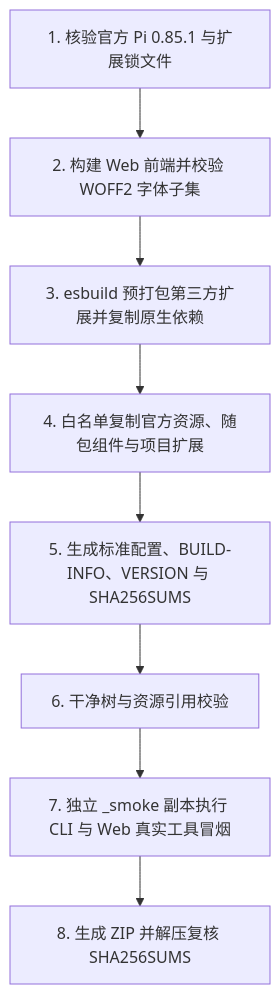
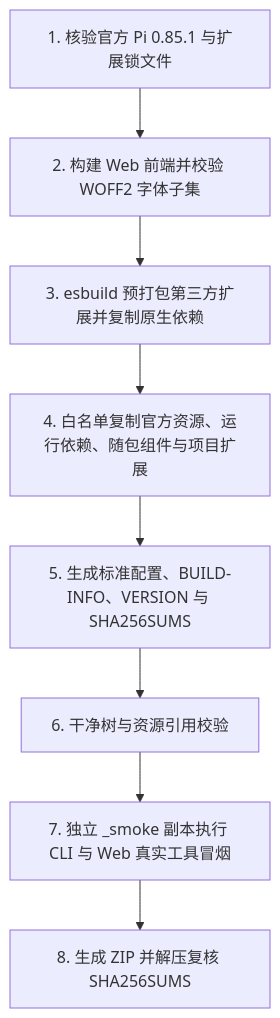
One commit to SCAU-Computer-Serving-Team/cst-pilot changed the diagram in doc/release/ARCHITECTURE.md. Above: the diagram before and after it, drawn with Mermaid. The commit also changed other lines of this file and 42 other files, not shown here.

````diff
--- a/doc/release/ARCHITECTURE.md
+++ b/doc/release/ARCHITECTURE.md
@@ -7,10 +7,10 @@
 ```mermaid
 flowchart TD
     A[1. 核验官方 Pi 0.85.1 与扩展锁文件] --> B[2. 构建 Web 前端并校验 WOFF2 字体子集]
     B --> C[3. esbuild 预打包第三方扩展并复制原生依赖]
-    C --> D[4. 白名单复制官方资源、随包组件与项目扩展]
+    C --> D[4. 白名单复制官方资源、运行依赖、随包组件与项目扩展]
     D --> E[5. 生成标准配置、BUILD-INFO、VERSION 与 SHA256SUMS]
     E --> F[6. 干净树与资源引用校验]
     F --> G[7. 独立 _smoke 副本执行 CLI 与 Web 真实工具冒烟]
     G --> H[8. 生成 ZIP 并解压复核 SHA256SUMS]
 ```
````
